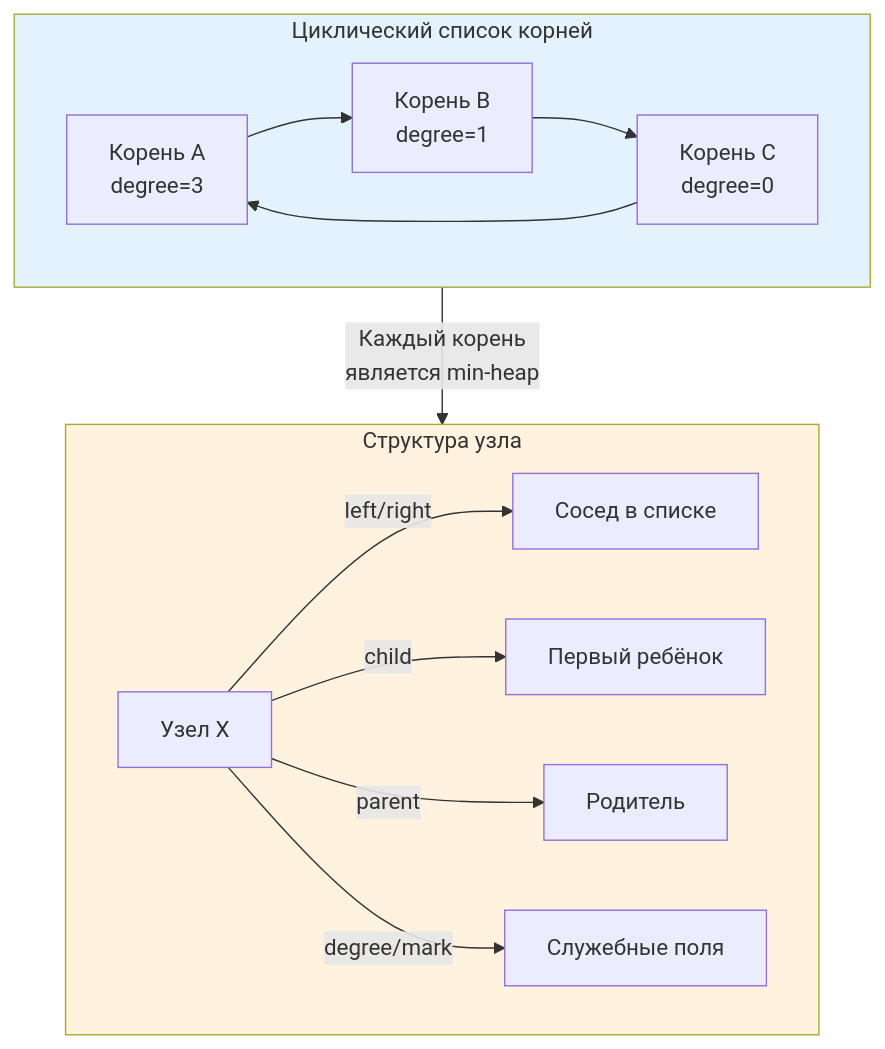
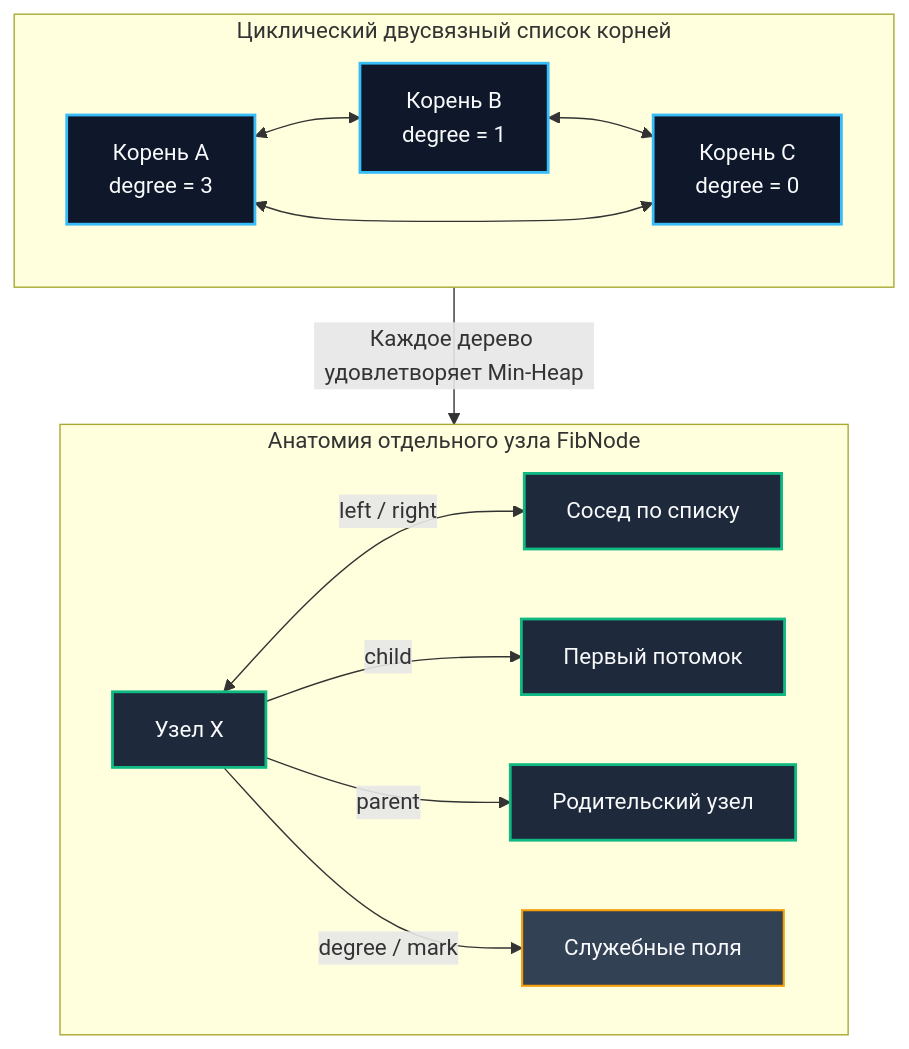
Before and after one commit to UnrealTemplier/go-textbook: the diagram in sources/20. Алгоритмы и структуры данных (DSA) на Go/06. Кучи и приоритетные очереди/4. Fibonacci heap.md, drawn with Mermaid. The commit also changed other lines of this file, not shown here.

Commit message:
feat(module-20): editorial rewrite of 06.4 Fibonacci heap in Kernighan style

````diff
--- a/sources/20. Алгоритмы и структуры данных (DSA) на Go/06. Кучи и приоритетные очереди/4. Fibonacci heap.md
+++ b/sources/20. Алгоритмы и структуры данных (DSA) на Go/06. Кучи и приоритетные очереди/4. Fibonacci heap.md
@@ -30,20 +39,25 @@
 ```mermaid
 flowchart TD
-    subgraph RootList["Циклический список корней"]
-        R1["Корень A<br>degree=3"] --> R2["Корень B<br>degree=1"]
-        R2 --> R3["Корень C<br>degree=0"]
-        R3 --> R1
+    subgraph RootList["Циклический двусвязный список корней"]
+        R1["Корень A<br/>degree = 3"] <--> R2["Корень B<br/>degree = 1"]
+        R2 <--> R3["Корень C<br/>degree = 0"]
+        R3 <--> R1
     end
 
-    subgraph TreeStructure["Структура узла"]
-        Node["Узел X"] -->|left/right| Sibling["Сосед в списке"]
-        Node -->|child| Child["Первый ребёнок"]
-        Node -->|parent| Parent["Родитель"]
-        Node -->|degree/mark| Meta["Служебные поля"]
+    subgraph NodeStructure["Анатомия отдельного узла FibNode"]
+        Node["Узел X"] <-->|"left / right"| Sibling["Сосед по списку"]
+        Node -->|"child"| Child["Первый потомок"]
+        Node -->|"parent"| Parent["Родительский узел"]
+        Node -->|"degree / mark"| Meta["Служебные поля"]
     end
 
-    RootList -->|Каждый корень<br>является min-heap| TreeStructure
-    
-    style RootList fill:#e3f2fd
-    style TreeStructure fill:#fff3e0
+    RootList -->|"Каждое дерево удовлетворяет Min-Heap"| NodeStructure
+
+    classDef rootBox fill:#0f172a,stroke:#38bdf8,stroke-width:2px,color:#f8fafc;
+    classDef nodeBox fill:#1e293b,stroke:#10b981,stroke-width:2px,color:#f8fafc;
+    classDef metaBox fill:#334155,stroke:#f59e0b,stroke-width:1.5px,color:#f8fafc;
+
+    class R1,R2,R3 rootBox;
+    class Node,Sibling,Child,Parent nodeBox;
+    class Meta metaBox;
 ```
````
